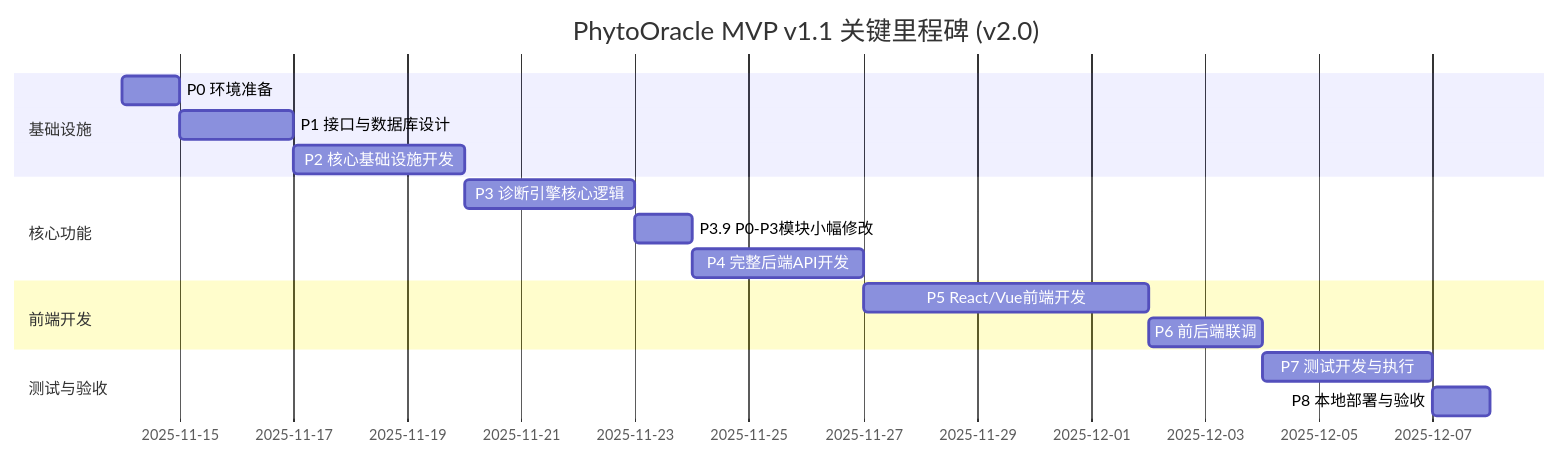
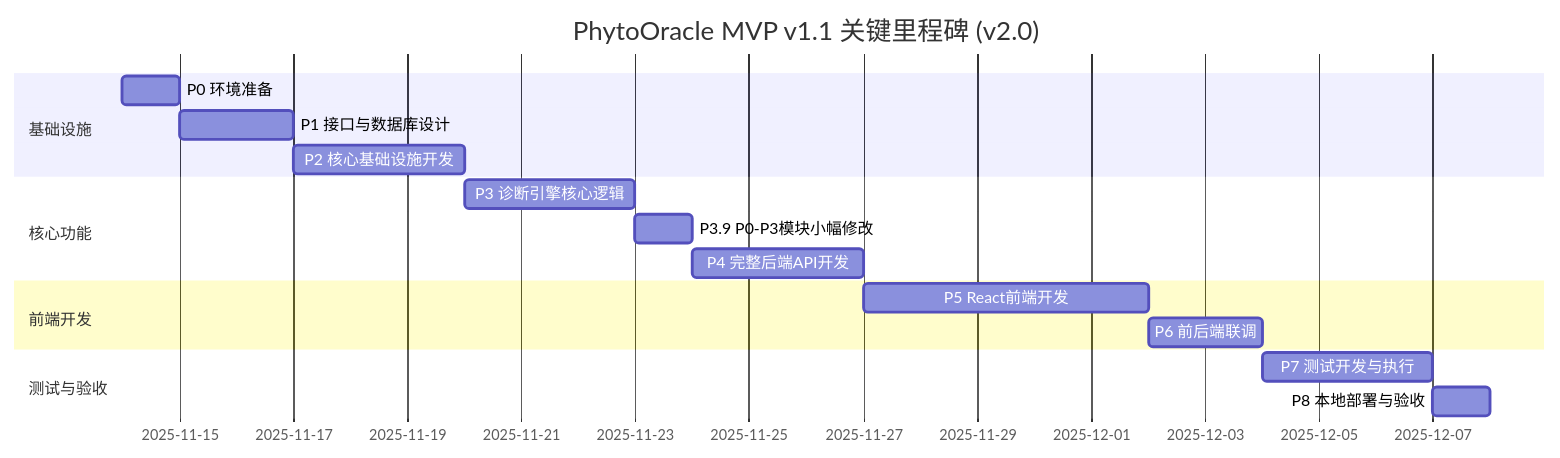
The diagram in docs/plan/研发计划v2.0.md (huacc/PhytoOracle), drawn with Mermaid before and after one commit. The commit also changed other lines of this file and 80 other files, not shown here.

````diff
--- a/docs/plan/研发计划v2.0.md
+++ b/docs/plan/研发计划v2.0.md
@@ -147,19 +147,19 @@
 ```mermaid
 gantt
     title PhytoOracle MVP v1.1 关键里程碑 (v2.0)
     dateFormat  YYYY-MM-DD
     section 基础设施
     P0 环境准备           :p0, 2025-11-14, 0.5d
     P1 接口与数据库设计    :p1, after p0, 1.5d
     P2 核心基础设施开发    :p2, after p1, 3d
     section 核心功能
     P3 诊断引擎核心逻辑    :p3, after p2, 3d
     P3.9 P0-P3模块小幅修改 :p39, after p3, 0.6d
     P4 完整后端API开发     :p4, after p39, 2.5d
     section 前端开发
-    P5 React/Vue前端开发   :p5, after p4, 4.5d
+    P5 React前端开发   :p5, after p4, 4.5d
     P6 前后端联调         :p6, after p5, 1.5d
     section 测试与验收
     P7 测试开发与执行      :p7, after p6, 2.5d
     P8 本地部署与验收      :p8, after p7, 1d
 ```
````
